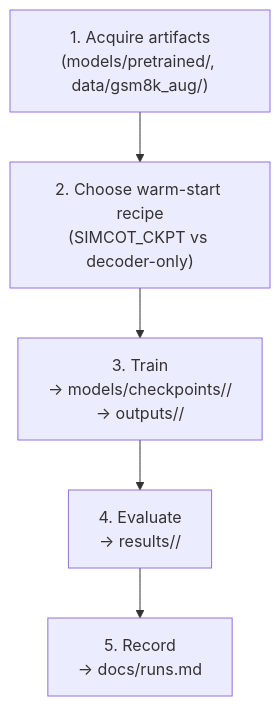
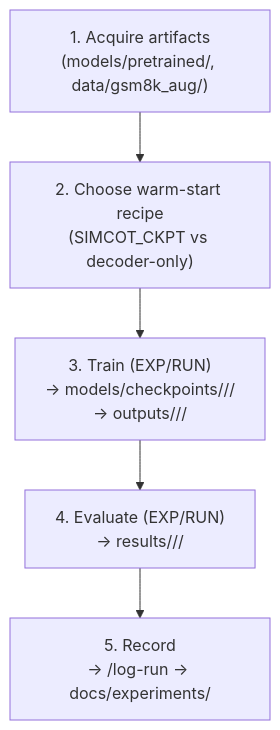
One commit to famatodlr/adaptive-latent-reasoning changed the diagram in docs/pipeline.md. Above: the diagram before and after it, drawn with Mermaid. The commit also changed other lines of this file and 4 other files, not shown here.

````diff
--- a/docs/pipeline.md
+++ b/docs/pipeline.md
@@ -12,10 +12,10 @@
 ```mermaid
 flowchart TD
     A["1. Acquire artifacts\n(models/pretrained/, data/gsm8k_aug/)"]
     B["2. Choose warm-start recipe\n(SIMCOT_CKPT vs decoder-only)"]
-    C["3. Train\n→ models/checkpoints/<run-id>/\n→ outputs/<run-id>/"]
-    D["4. Evaluate\n→ results/<run-id>/"]
-    E["5. Record\n→ docs/runs.md"]
+    C["3. Train (EXP/RUN)\n→ models/checkpoints/<NN-exp>/<run-id>/\n→ outputs/<NN-exp>/<run-id>/"]
+    D["4. Evaluate (EXP/RUN)\n→ results/<NN-exp>/<run-id>/"]
+    E["5. Record\n→ /log-run → docs/experiments/"]
 
     A --> B --> C --> D --> E
 ```
````
